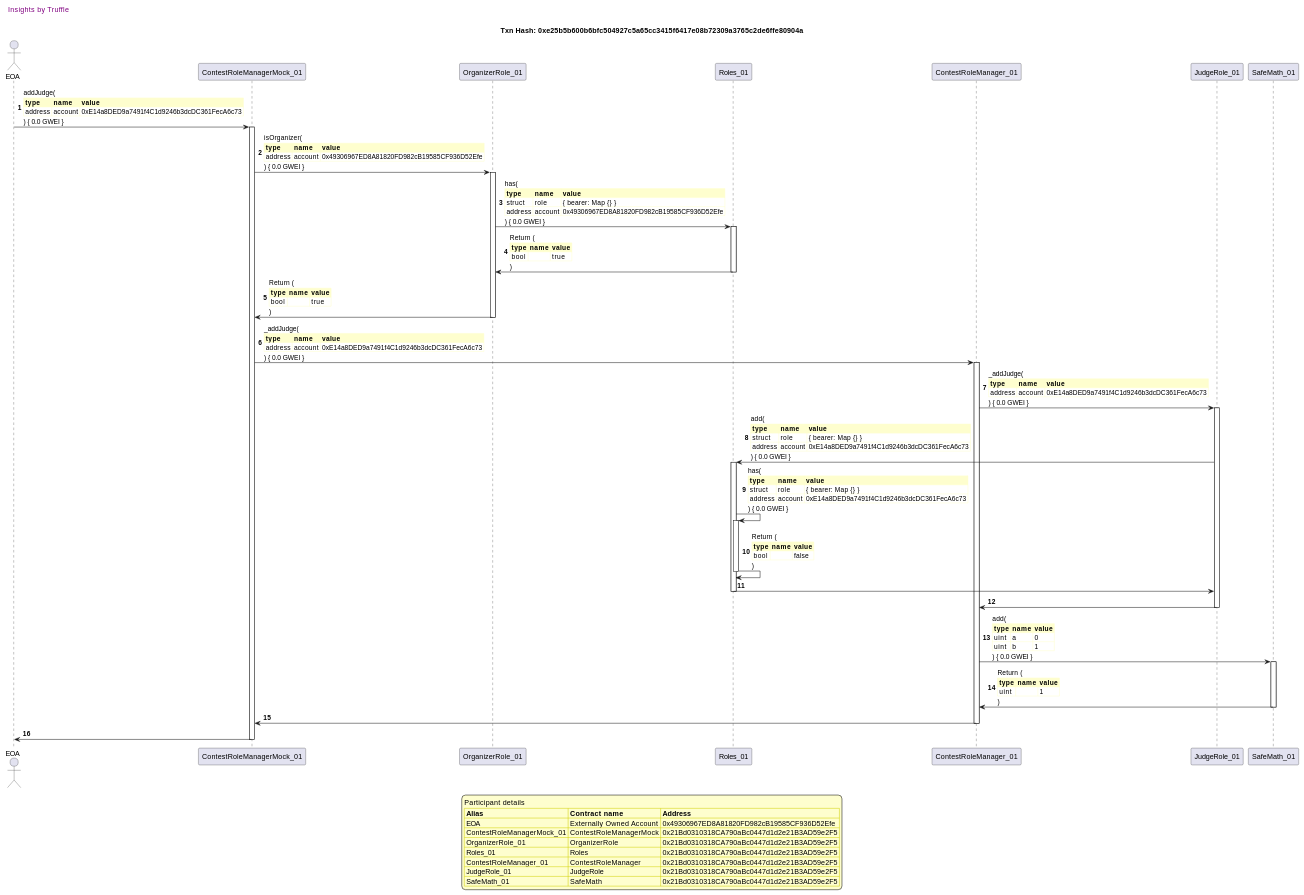
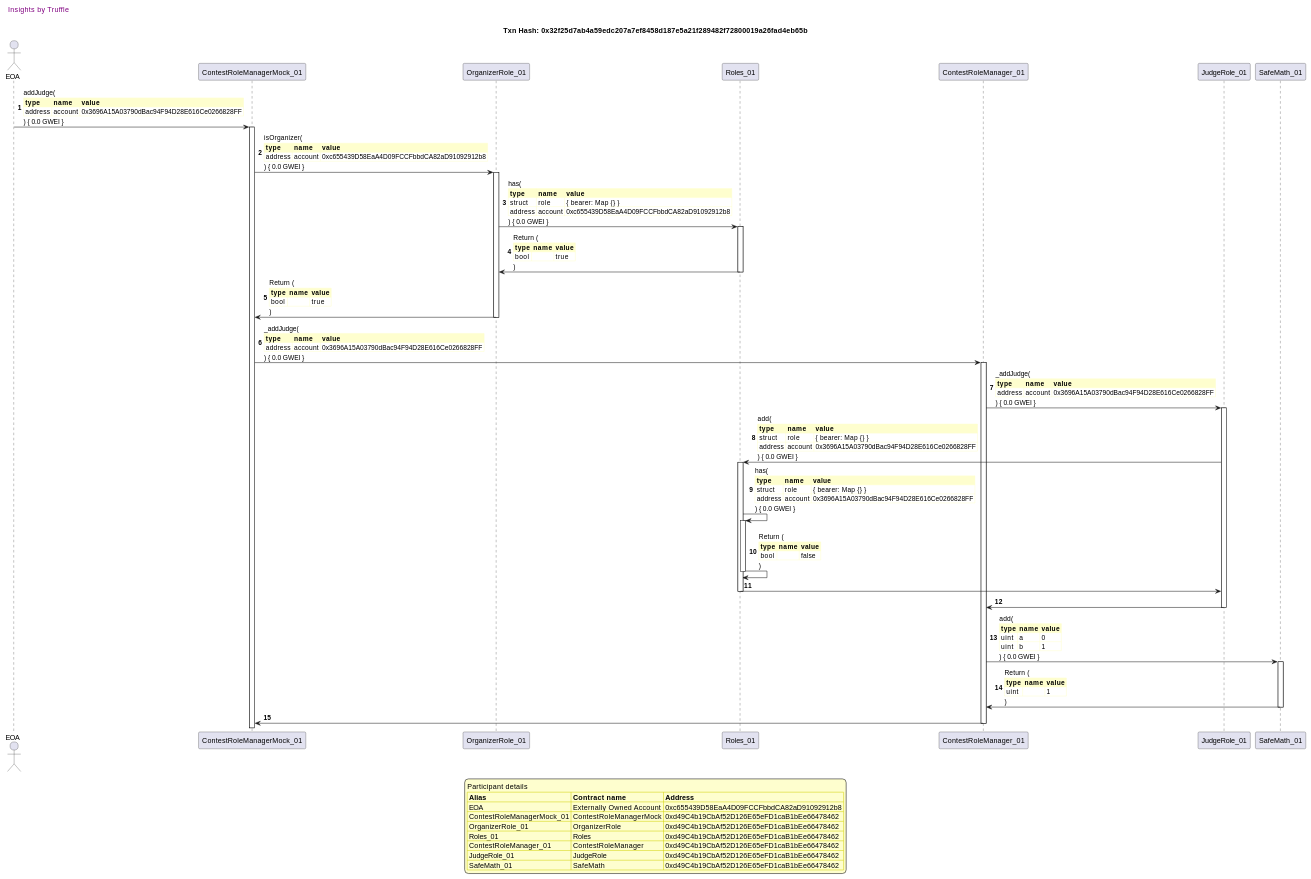
Diagram 13 of 20 in truffle-seq/roles_contestrolemanager.md (fodisi/hackapay), drawn with PlantUML before and after one commit. The commit also changed other lines of this file and 10 other files, not shown here.

```diff
--- a/truffle-seq/roles_contestrolemanager.md
+++ b/truffle-seq/roles_contestrolemanager.md
@@ -1172,7 +1162,7 @@
 
 header Insights by Truffle
 
-title Txn Hash: 0xe25b5b600b6bfc504927c5a65cc3415f6417e08b72309a3765c2de6ffe80904a
+title Txn Hash: 0x32f25d7ab4a59edc207a7ef8458d187e5a21f289482f72800019a26fad4eb65b
 
 
 actor EOA as "EOA"
@@ -1185,16 +1175,16 @@
 
 "EOA" -> "ContestRoleManagerMock_01" ++: addJudge(\n\
 <#FEFECE,#FEFECE>|= type |= name |= value |\n\
-| address | account | 0xE14a8DED9a7491f4C1d9246b3dcDC361FecA6c73 |\n\
+| address | account | 0x3696A15A03790dBac94F94D28E616Ce0266828FF |\n\
 ) { 0.0 GWEI }
 "ContestRoleManagerMock_01" -> "OrganizerRole_01" ++: isOrganizer(\n\
 <#FEFECE,#FEFECE>|= type |= name |= value |\n\
-| address | account | 0x49306967ED8A81820FD982cB19585CF936D52Efe |\n\
+| address | account | 0xc655439D58EaA4D09FCCFbbdCA82aD91092912b8 |\n\
 ) { 0.0 GWEI }
 "OrganizerRole_01" -> "Roles_01" ++: has(\n\
 <#FEFECE,#FEFECE>|= type |= name |= value |\n\
 | struct | role | { bearer: Map {} } |\n\
-| address | account | 0x49306967ED8A81820FD982cB19585CF936D52Efe |\n\
+| address | account | 0xc655439D58EaA4D09FCCFbbdCA82aD91092912b8 |\n\
 ) { 0.0 GWEI }
 "Roles_01" -> "OrganizerRole_01" --: Return (\n\
 <#FEFECE,#FEFECE>|= type |= name |= value |\n\
@@ -1206,21 +1196,21 @@
 )
 "ContestRoleManagerMock_01" -> "ContestRoleManager_01" ++: _addJudge(\n\
 <#FEFECE,#FEFECE>|= type |= name |= value |\n\
-| address | account | 0xE14a8DED9a7491f4C1d9246b3dcDC361FecA6c73 |\n\
+| address | account | 0x3696A15A03790dBac94F94D28E616Ce0266828FF |\n\
 ) { 0.0 GWEI }
 "ContestRoleManager_01" -> "JudgeRole_01" ++: _addJudge(\n\
 <#FEFECE,#FEFECE>|= type |= name |= value |\n\
-| address | account | 0xE14a8DED9a7491f4C1d9246b3dcDC361FecA6c73 |\n\
+| address | account | 0x3696A15A03790dBac94F94D28E616Ce0266828FF |\n\
 ) { 0.0 GWEI }
 "JudgeRole_01" -> "Roles_01" ++: add(\n\
 <#FEFECE,#FEFECE>|= type |= name |= value |\n\
 | struct | role | { bearer: Map {} } |\n\
-| address | account | 0xE14a8DED9a7491f4C1d9246b3dcDC361FecA6c73 |\n\
+| address | account | 0x3696A15A03790dBac94F94D28E616Ce0266828FF |\n\
 ) { 0.0 GWEI }
 "Roles_01" -> "Roles_01" ++: has(\n\
 <#FEFECE,#FEFECE>|= type |= name |= value |\n\
 | struct | role | { bearer: Map {} } |\n\
-| address | account | 0xE14a8DED9a7491f4C1d9246b3dcDC361FecA6c73 |\n\
+| address | account | 0x3696A15A03790dBac94F94D28E616Ce0266828FF |\n\
 ) { 0.0 GWEI }
 "Roles_01" -> "Roles_01" --: Return (\n\
 <#FEFECE,#FEFECE>|= type |= name |= value |\n\
@@ -1238,18 +1228,17 @@
 | uint |  | 1 |\n\
 )
 "ContestRoleManager_01" -> "ContestRoleManagerMock_01" --: 
-"ContestRoleManagerMock_01" -> "EOA" --: 
 
 legend
 Participant details
 <#FEFECE,#D0D000>|= Alias |= Contract name |= Address |
-<#FEFECE>| EOA | Externally Owned Account | 0x49306967ED8A81820FD982cB19585CF936D52Efe |
-<#FEFECE>| ContestRoleManagerMock_01 | ContestRoleManagerMock | 0x21Bd0310318CA790aBc0447d1d2e21B3AD59e2F5 |
-<#FEFECE>| OrganizerRole_01 | OrganizerRole | 0x21Bd0310318CA790aBc0447d1d2e21B3AD59e2F5 |
-<#FEFECE>| Roles_01 | Roles | 0x21Bd0310318CA790aBc0447d1d2e21B3AD59e2F5 |
-<#FEFECE>| ContestRoleManager_01 | ContestRoleManager | 0x21Bd0310318CA790aBc0447d1d2e21B3AD59e2F5 |
-<#FEFECE>| JudgeRole_01 | JudgeRole | 0x21Bd0310318CA790aBc0447d1d2e21B3AD59e2F5 |
-<#FEFECE>| SafeMath_01 | SafeMath | 0x21Bd0310318CA790aBc0447d1d2e21B3AD59e2F5 |
+<#FEFECE>| EOA | Externally Owned Account | 0xc655439D58EaA4D09FCCFbbdCA82aD91092912b8 |
+<#FEFECE>| ContestRoleManagerMock_01 | ContestRoleManagerMock | 0xd49C4b19CbAf52D126E65eFD1caB1bEe66478462 |
+<#FEFECE>| OrganizerRole_01 | OrganizerRole | 0xd49C4b19CbAf52D126E65eFD1caB1bEe66478462 |
+<#FEFECE>| Roles_01 | Roles | 0xd49C4b19CbAf52D126E65eFD1caB1bEe66478462 |
+<#FEFECE>| ContestRoleManager_01 | ContestRoleManager | 0xd49C4b19CbAf52D126E65eFD1caB1bEe66478462 |
+<#FEFECE>| JudgeRole_01 | JudgeRole | 0xd49C4b19CbAf52D126E65eFD1caB1bEe66478462 |
+<#FEFECE>| SafeMath_01 | SafeMath | 0xd49C4b19CbAf52D126E65eFD1caB1bEe66478462 |
 endlegend
 
 @enduml
```
